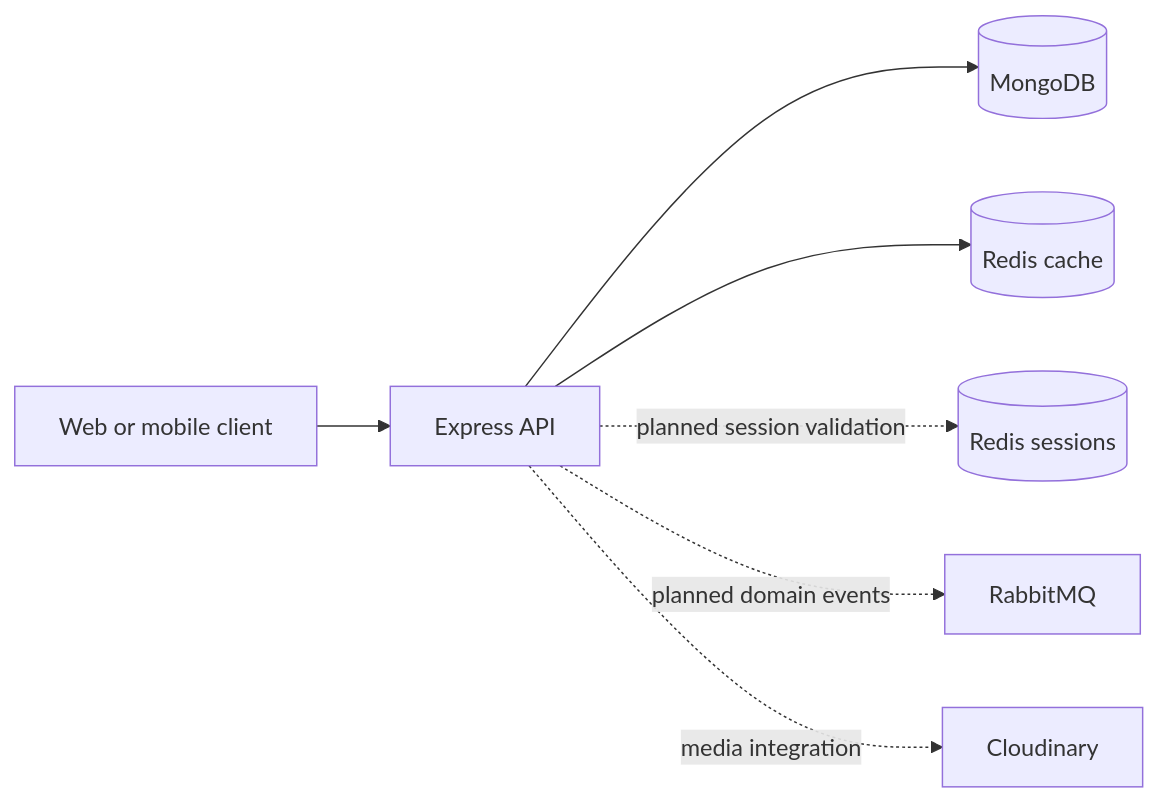
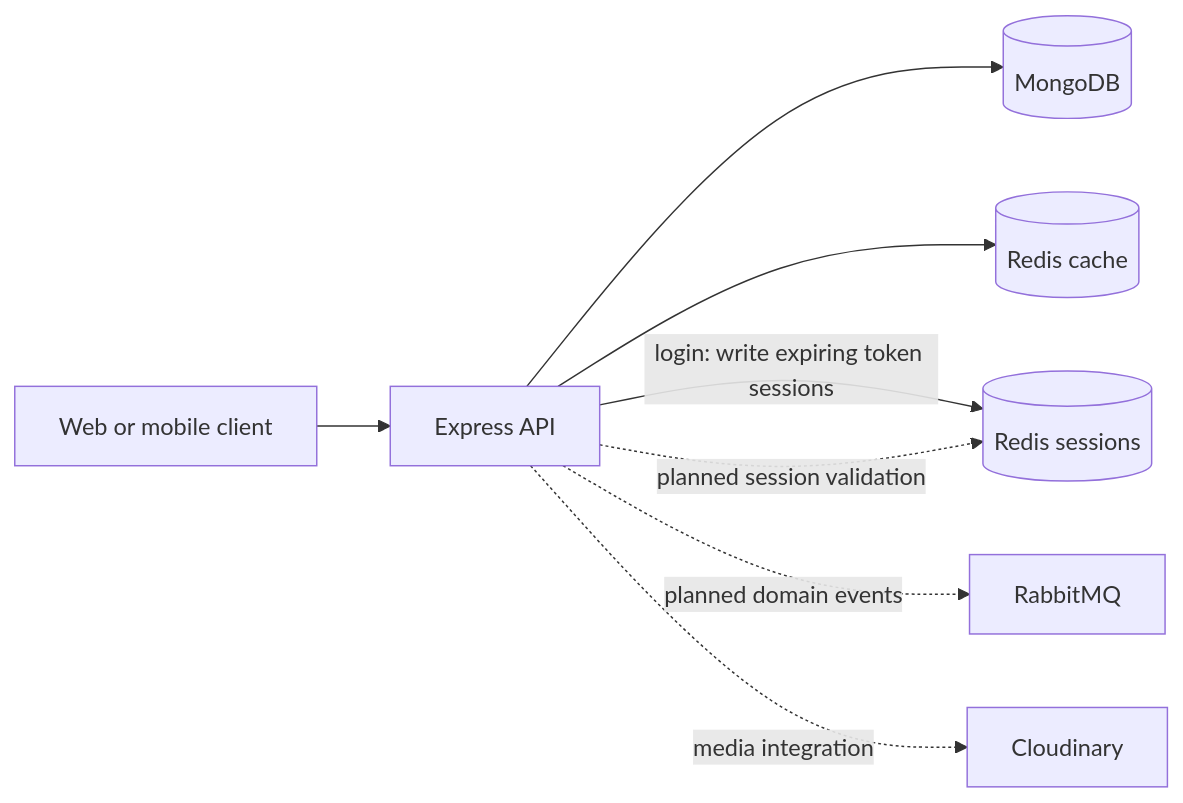
Before and after one commit to NeilDuplantis0710/BlogApp: the diagram in README.md, drawn with Mermaid. The commit also changed other lines of this file, not shown here.

Commit message:
docs: update README to reflect login session management and token handling

````diff
--- a/README.md
+++ b/README.md
@@ -24,9 +24,10 @@
 ```mermaid
 flowchart LR
 		Client[Web or mobile client] --> API[Express API]
 		API --> Mongo[(MongoDB)]
 		API --> Cache[(Redis cache)]
-		API -. planned session validation .-> Sessions[(Redis sessions)]
+		API -->|login: write expiring token sessions| Sessions[(Redis sessions)]
+		API -. planned session validation .-> Sessions
 		API -. planned domain events .-> Messaging[RabbitMQ]
 		API -. media integration .-> Cloudinary[Cloudinary]
 ```
````
